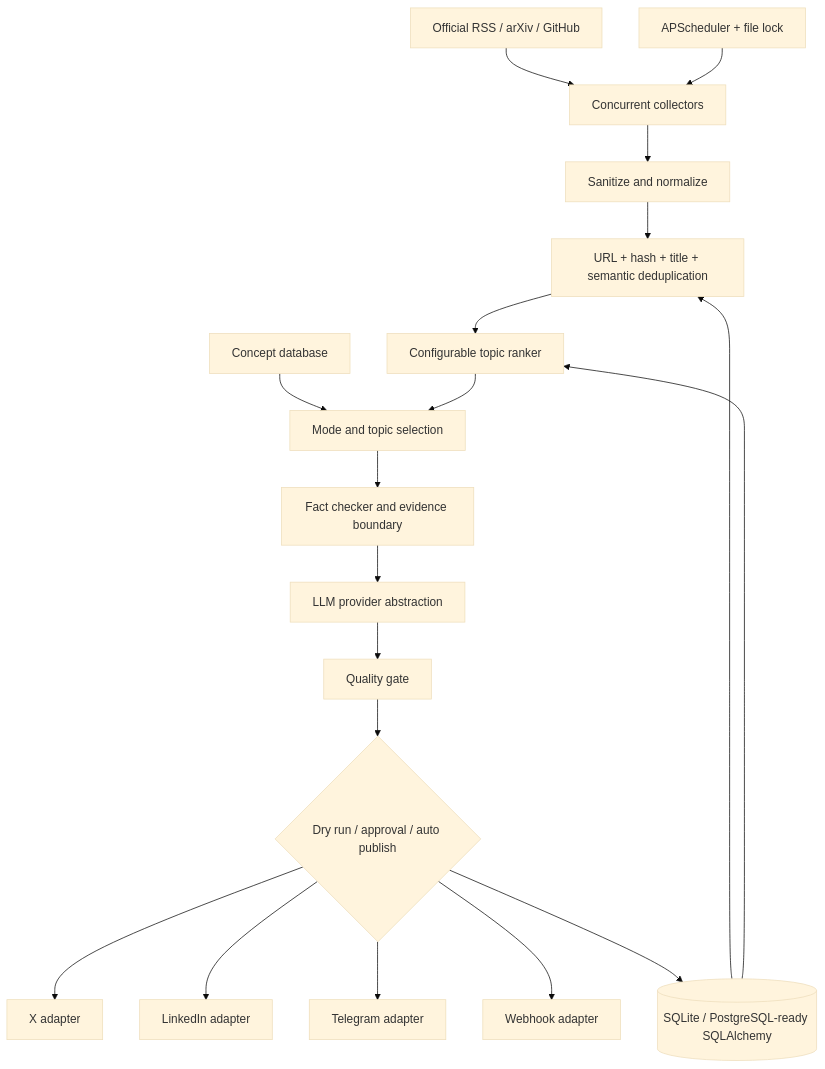
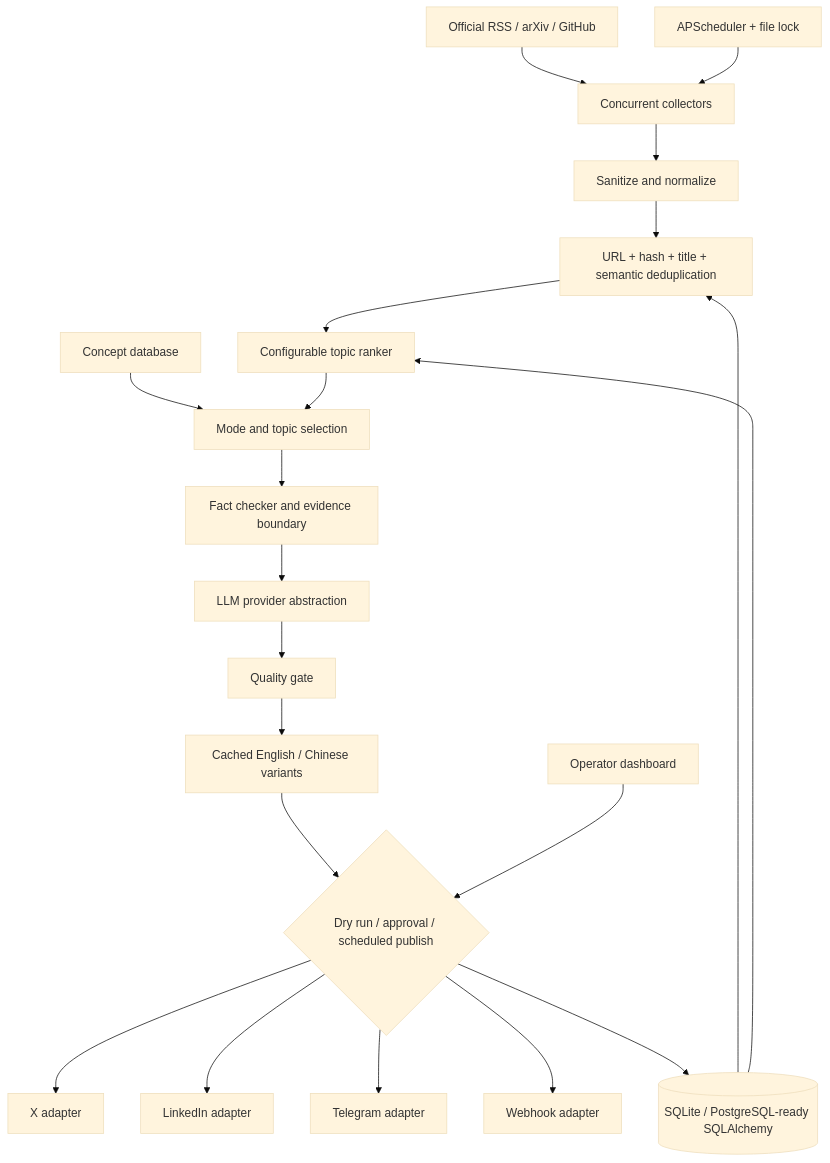
One commit to felixren7/ai-daily-content-agent changed the diagram in README.md. Above: the diagram before and after it, drawn with Mermaid (base theme). The commit also changed other lines of this file and 25 other files, not shown here.

Commit message:
feat: add bilingual operator dashboard workflows

````diff
--- a/README.md
+++ b/README.md
@@ -16,21 +16,23 @@
 ```mermaid
 flowchart TD
     A[Official RSS / arXiv / GitHub] --> B[Concurrent collectors]
     B --> C[Sanitize and normalize]
     C --> D[URL + hash + title + semantic deduplication]
     D --> E[Configurable topic ranker]
     K[Concept database] --> F[Mode and topic selection]
     E --> F
     H[(SQLite / PostgreSQL-ready SQLAlchemy)] --> D
     H --> E
     F --> G[Fact checker and evidence boundary]
     G --> I[LLM provider abstraction]
     I --> J[Quality gate]
-    J --> L{Dry run / approval / auto publish}
+    J --> T[Cached English / Chinese variants]
+    T --> L{Dry run / approval / scheduled publish}
+    R[Operator dashboard] --> L
     L --> M[X adapter]
     L --> N[LinkedIn adapter]
     L --> O[Telegram adapter]
     L --> P[Webhook adapter]
     L --> H
     Q[APScheduler + file lock] --> B
 ```
````
